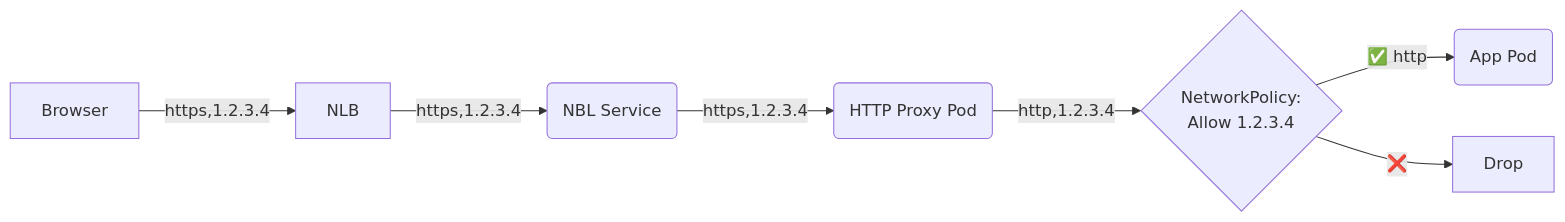
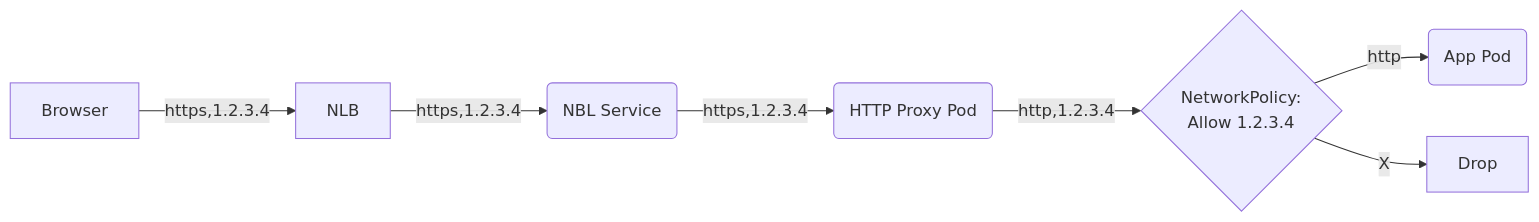
Before and after one commit to spruceki/ibm-openshift-allowlisting: the second of 2 diagrams in readme.adoc, drawn with Mermaid. The commit also changed other lines of this file, not shown here.

````diff
--- a/readme.adoc
+++ b/readme.adoc
@@ -26,9 +26,9 @@
 ```mermaid
 flowchart LR
     A[Browser] -->|https,1.2.3.4| B[NLB]
     B --> |https,1.2.3.4|C(NBL Service)
     C --> |https,1.2.3.4|D(HTTP Proxy Pod)
     D --> |http,1.2.3.4|P{NetworkPolicy: <br />Allow 1.2.3.4}
-    P -->|✅ http|E(App Pod)
-    P --> |❌|F[Drop]
+    P -->|http|E(App Pod)
+    P --> |X|F[Drop]
 ```
````
